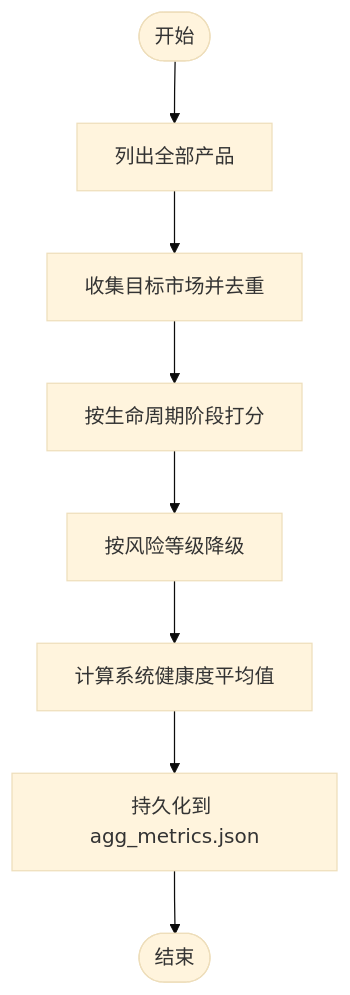
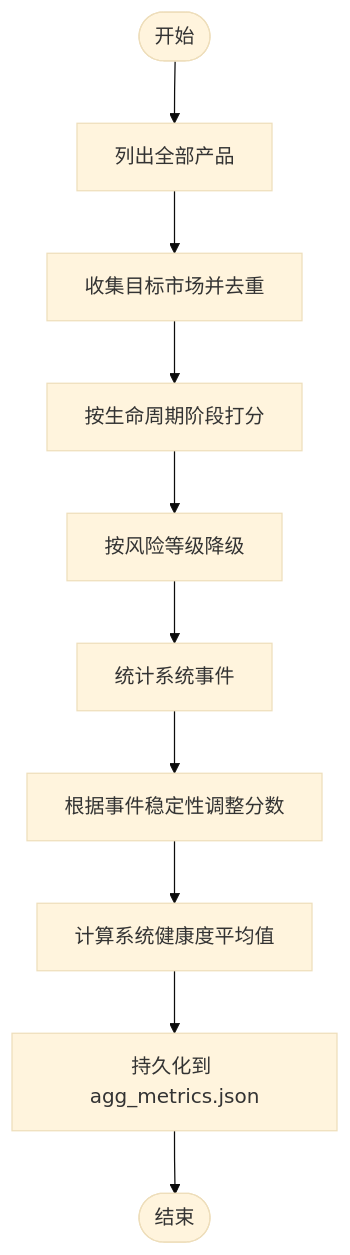
Before and after one commit to angledick/-: the sixth of 9 diagrams in .qoder/repowiki/zh/content/监控与运维/系统健康监控.md, drawn with Mermaid (base theme). The commit also changed other lines of this file and 193 other files, not shown here.

````diff
--- a/.qoder/repowiki/zh/content/监控与运维/系统健康监控.md
+++ b/.qoder/repowiki/zh/content/监控与运维/系统健康监控.md
@@ -235,10 +301,12 @@
 ```mermaid
 flowchart TD
 GStart(["开始"]) --> List["列出全部产品"]
 List --> Cover["收集目标市场并去重"]
 Cover --> Stage["按生命周期阶段打分"]
 Stage --> RiskAdj["按风险等级降级"]
-RiskAdj --> Avg["计算系统健康度平均值"]
+RiskAdj --> EventStats["统计系统事件"]
+EventStats --> StabilityAdj["根据事件稳定性调整分数"]
+StabilityAdj --> Avg["计算系统健康度平均值"]
 Avg --> Persist["持久化到 agg_metrics.json"]
 Persist --> GEnd(["结束"])
 ```
````
